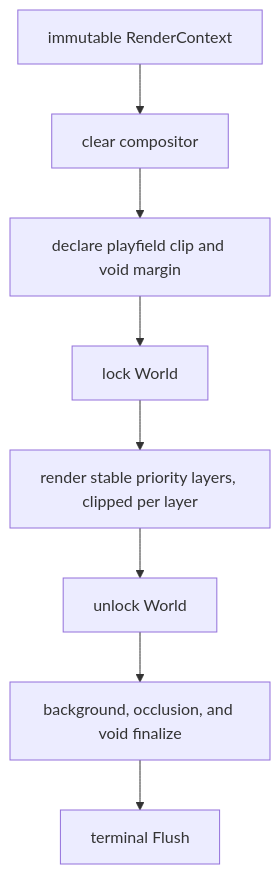
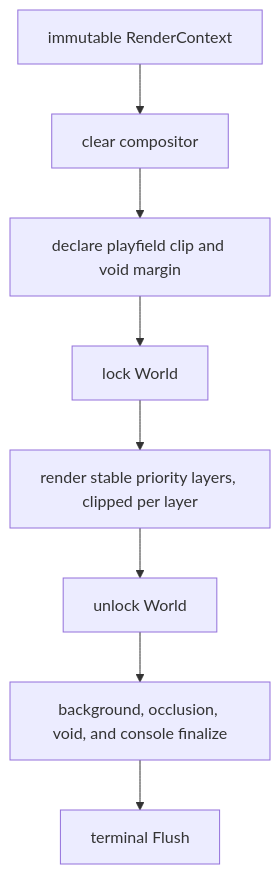
One commit to lixenwraith/vif changed the first of 2 diagrams in doc/rendering.md. Above: the diagram before and after it, drawn with Mermaid. The commit also changed other lines of this file and 3 other files, not shown here.

````diff
--- a/doc/rendering.md
+++ b/doc/rendering.md
@@ -11,10 +11,10 @@
 ```mermaid
 flowchart TD
     Context["immutable RenderContext"] --> Clear["clear compositor"]
     Clear --> Clip["declare playfield clip and void margin"]
     Clip --> Lock["lock World"]
     Lock --> Layers["render stable priority layers, clipped per layer"]
     Layers --> Unlock["unlock World"]
-    Unlock --> Finalize["background, occlusion, and void finalize"]
+    Unlock --> Finalize["background, occlusion, void, and console finalize"]
     Finalize --> Flush["terminal Flush"]
 ```
````
